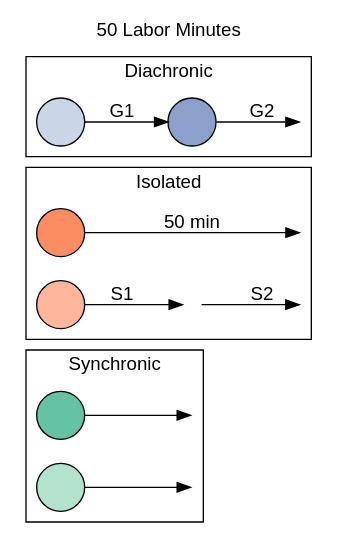
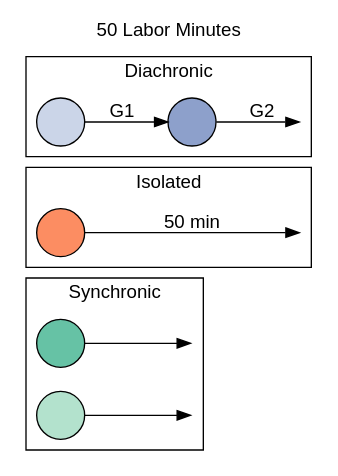
One commit to pedmiston/totems-data changed the diagram in inst/extdata/team-structures-exp1.gv. Above: the diagram before and after it, drawn with Graphviz.

Commit message:
Remove 2x25min Isolated sessions from exp1 fig

```diff
--- a/inst/extdata/team-structures-exp1.gv
+++ b/inst/extdata/team-structures-exp1.gv
@@ -1,49 +1,45 @@
 digraph {
   rankdir=LR;
   label="50 Labor Minutes";
   labelloc=t;
   fontname=helvetica;
   // bgcolor=transparent;
 
   node[fontname=Helvetica; label=""; style=filled];
   edge[fontname=Helvetica];
 
   // Set cluster order (top to bottom) by initializing
   // nodes in each cluster starting from bottom to top
-  s1, solo, solo1, solo2, d1;
+  s1, solo, d1;
 
   // Shapes are projects
-  d1, d2, solo, solo1, solo2, s1, s2[shape=circle];
+  d1, d2, solo, s1, s2[shape=circle];
 
   // Colors are people
   s1[fillcolor="#66C2A5"];
   s2[fillcolor="#b3e2cd"];
   d1[fillcolor="#cbd5e8"];
   d2[fillcolor="#8DA0CB"];
-  solo[fillcolor="#FC8D62"];
-  solo1[fillcolor="#FDB69B"];
+  solo[fillcolor="#FC8D62"]
 
   // Invisible last nodes
-  dinv1, soloinv1, solo2, soloinv2, sinv1, sinv2[style=invis, width=0];
-  solo2[width=0.2];
+  dinv1, soloinv1, sinv1, sinv2[style=invis, width=0];
 
   subgraph cluster1 {
     label="Diachronic";
     d1 -> d2[label="G1"]
     d2 -> dinv1[label="G2"];
   }
 
   subgraph cluster2 {
     label="Isolated";
     solo -> soloinv1[minlen=2 label="50 min"];
-    solo1 -> solo2[label="S1"];
-    solo2 -> soloinv2[label="S2"];
   }
 
   subgraph cluster3 {
     label="Synchronic";
     s1 -> sinv1;
     s2 -> sinv2;
   }
 
 }
```
